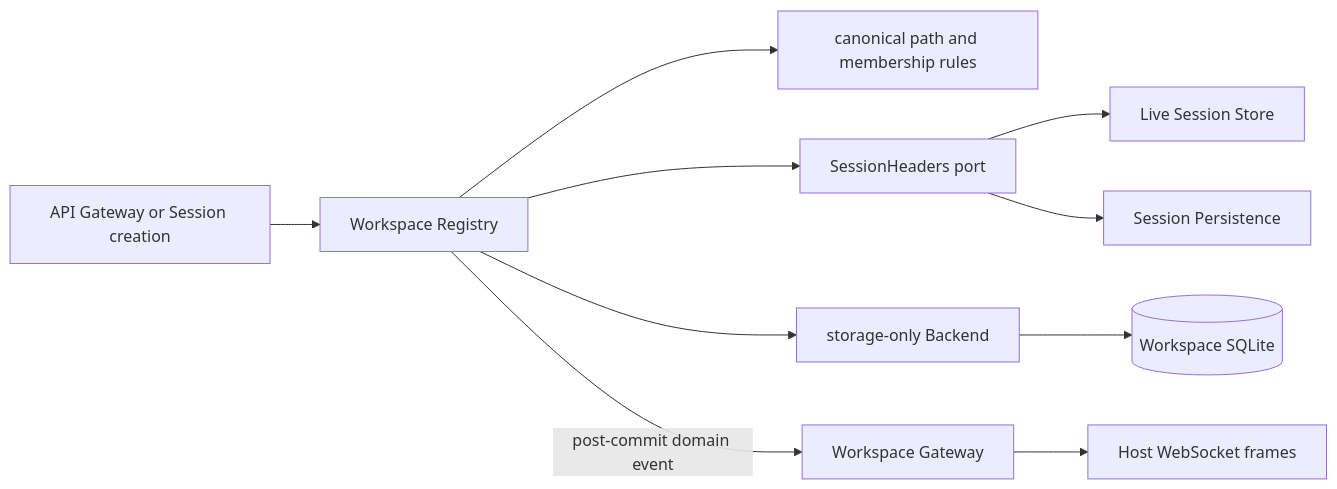
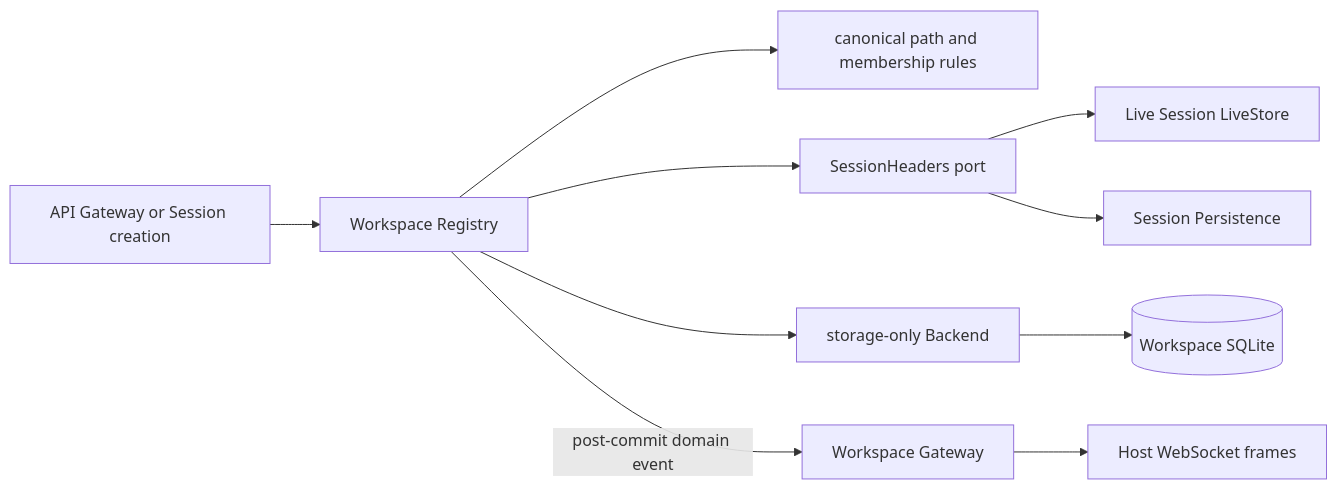
The diagram in workspace/README.zh-CN.md (gorenx/goren), drawn with Mermaid before and after one commit. The commit also changed 27 other files, not shown here.

````diff
--- a/workspace/README.zh-CN.md
+++ b/workspace/README.zh-CN.md
@@ -17,12 +17,12 @@
 ```mermaid
 flowchart LR
     A[API Gateway or Session creation] --> B[Workspace Registry]
     B --> C[canonical path and membership rules]
     B --> D[SessionHeaders port]
-    D --> E[Live Session Store]
+    D --> E[Live Session LiveStore]
     D --> F[Session Persistence]
     B --> G[storage-only Backend]
     G --> H[(Workspace SQLite)]
     B -->|post-commit domain event| I[Workspace Gateway]
     I --> J[Host WebSocket frames]
 ```
````
